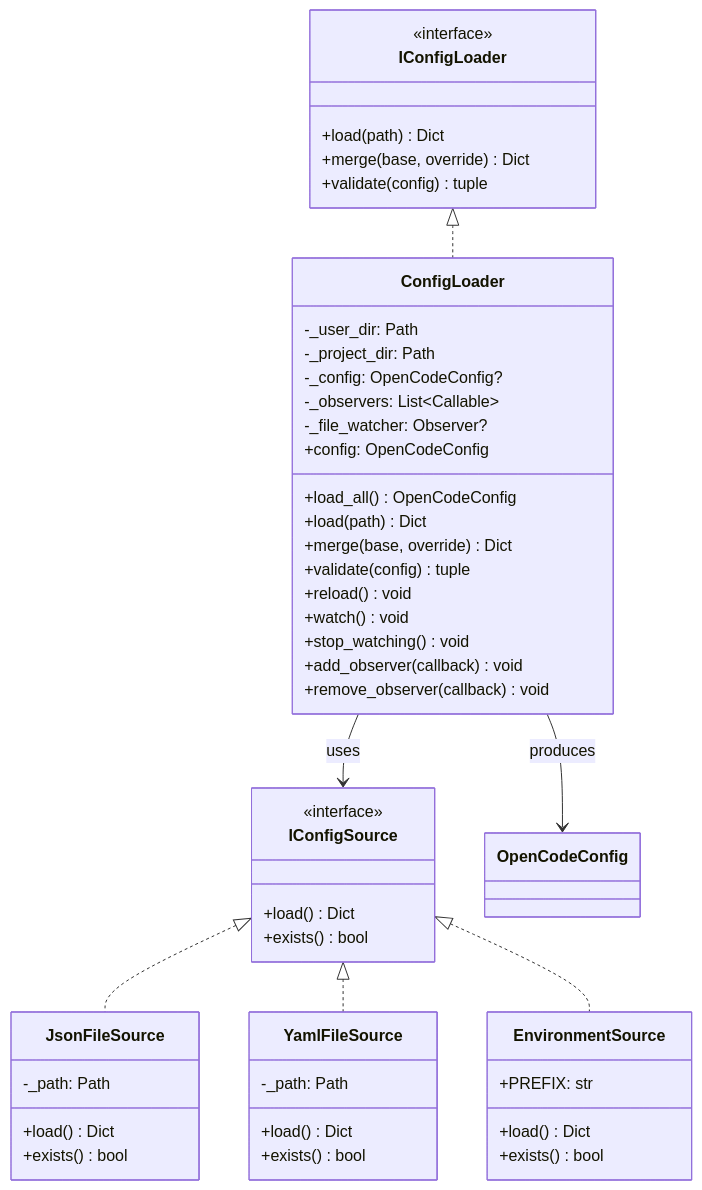
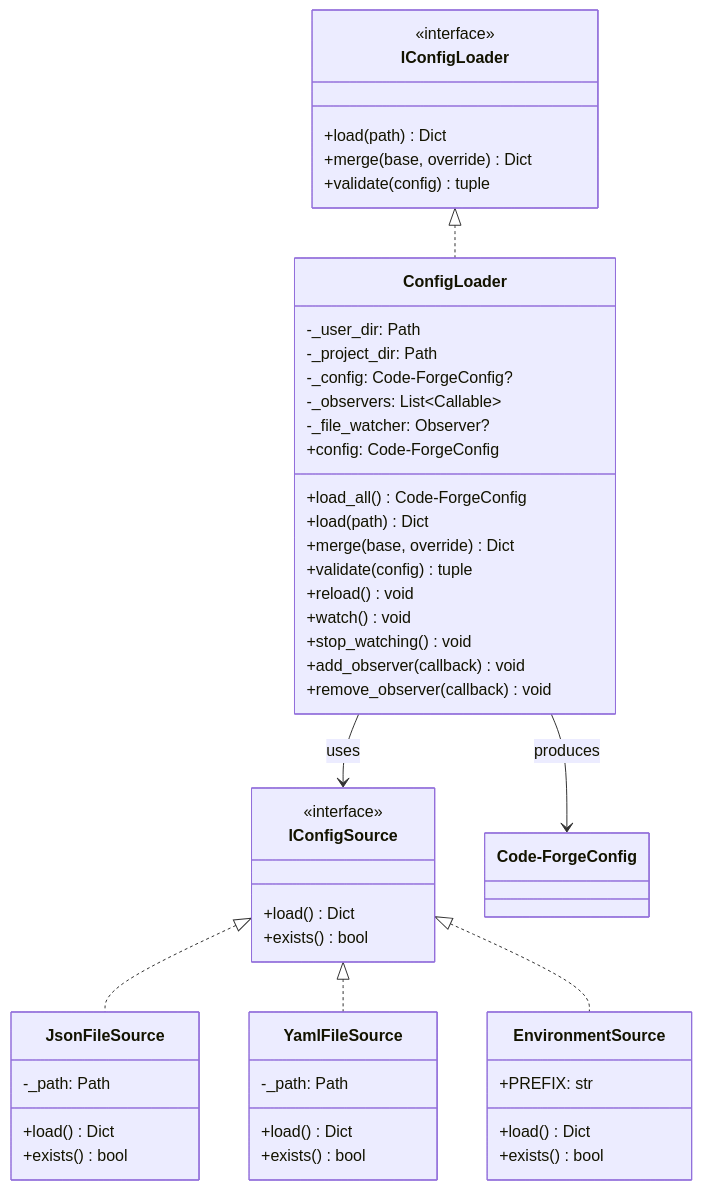
Before and after one commit to corey-rosamond/Code-Forge: the second of 8 diagrams in .ai/phase/1.2/UML.md, drawn with Mermaid. The commit also changed other lines of this file and 505 other files, not shown here.

First line of the commit message:
Rename project from OpenCode to Code-Forge

````diff
--- a/.ai/phase/1.2/UML.md
+++ b/.ai/phase/1.2/UML.md
@@ -118,58 +118,58 @@
 ```mermaid
 classDiagram
     class IConfigLoader {
         <<interface>>
         +load(path) Dict
         +merge(base, override) Dict
         +validate(config) tuple
     }
 
     class IConfigSource {
         <<interface>>
         +load() Dict
         +exists() bool
     }
 
     class ConfigLoader {
         -_user_dir: Path
         -_project_dir: Path
-        -_config: OpenCodeConfig?
+        -_config: Code-ForgeConfig?
         -_observers: List~Callable~
         -_file_watcher: Observer?
-        +config: OpenCodeConfig
-        +load_all() OpenCodeConfig
+        +config: Code-ForgeConfig
+        +load_all() Code-ForgeConfig
         +load(path) Dict
         +merge(base, override) Dict
         +validate(config) tuple
         +reload() void
         +watch() void
         +stop_watching() void
         +add_observer(callback) void
         +remove_observer(callback) void
     }
 
     class JsonFileSource {
         -_path: Path
         +load() Dict
         +exists() bool
     }
 
     class YamlFileSource {
         -_path: Path
         +load() Dict
         +exists() bool
     }
 
     class EnvironmentSource {
         +PREFIX: str
         +load() Dict
         +exists() bool
     }
 
     IConfigLoader <|.. ConfigLoader
     IConfigSource <|.. JsonFileSource
     IConfigSource <|.. YamlFileSource
     IConfigSource <|.. EnvironmentSource
     ConfigLoader --> IConfigSource : uses
-    ConfigLoader --> OpenCodeConfig : produces
+    ConfigLoader --> Code-ForgeConfig : produces
 ```
````
